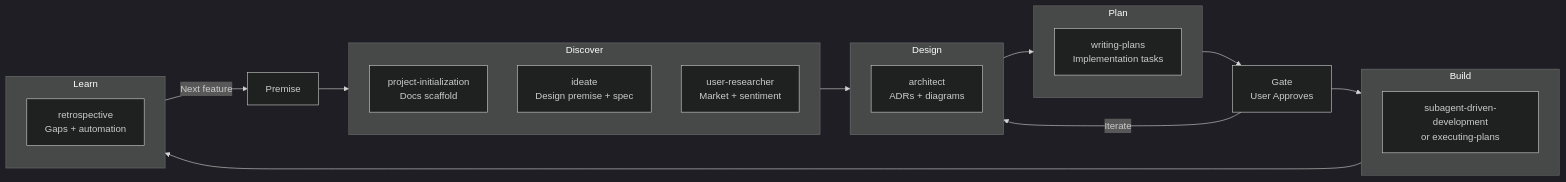
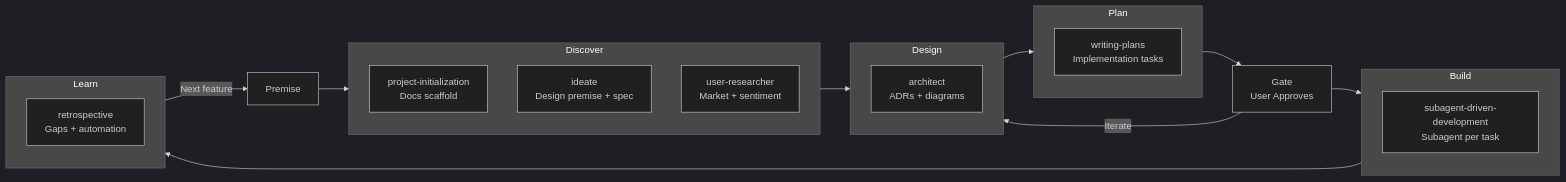
The diagram in skills/forge/SKILL.md (neoaisac/opencode-productforge), drawn with Mermaid (dark theme) before and after one commit. The commit also changed other lines of this file and 3 other files, not shown here.

Commit message:
feat: replace superpowers deps with forge-native writing-plans, subagent-driven-development, requesting-code-review

````diff
--- a/skills/forge/SKILL.md
+++ b/skills/forge/SKILL.md
@@ -12,33 +12,33 @@
 ```mermaid
 flowchart LR
     P[Premise] --> D[Discover]
     D --> D2[Design]
     D2 --> P2[Plan]
     P2 --> G[Gate<br>User Approves]
     G --> B[Build]
     G -->|Iterate| D2
     B --> L[Learn]
     L -->|Next feature| P
 
     subgraph D[Discover]
         Init["project-initialization<br>Docs scaffold"]
         ID["ideate<br>Design premise + spec"]
         UR["user-researcher<br>Market + sentiment"]
     end
 
     subgraph D2[Design]
         Arch["architect<br>ADRs + diagrams"]
     end
 
     subgraph P2[Plan]
         WP["writing-plans<br>Implementation tasks"]
     end
 
     subgraph B[Build]
-        Exec["subagent-driven-development<br>or executing-plans"]
+        SDD["subagent-driven-development<br>Subagent per task"]
     end
 
     subgraph L[Learn]
         Retro["retrospective<br>Gaps + automation"]
     end
 ```
````
